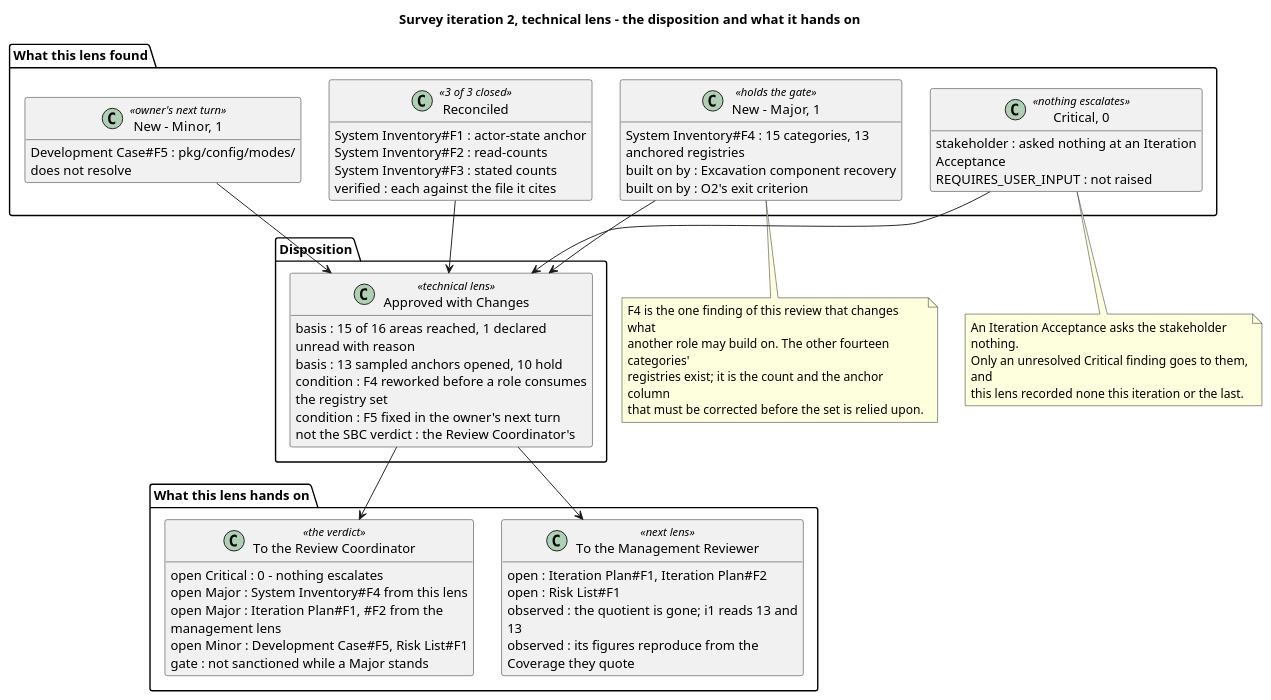
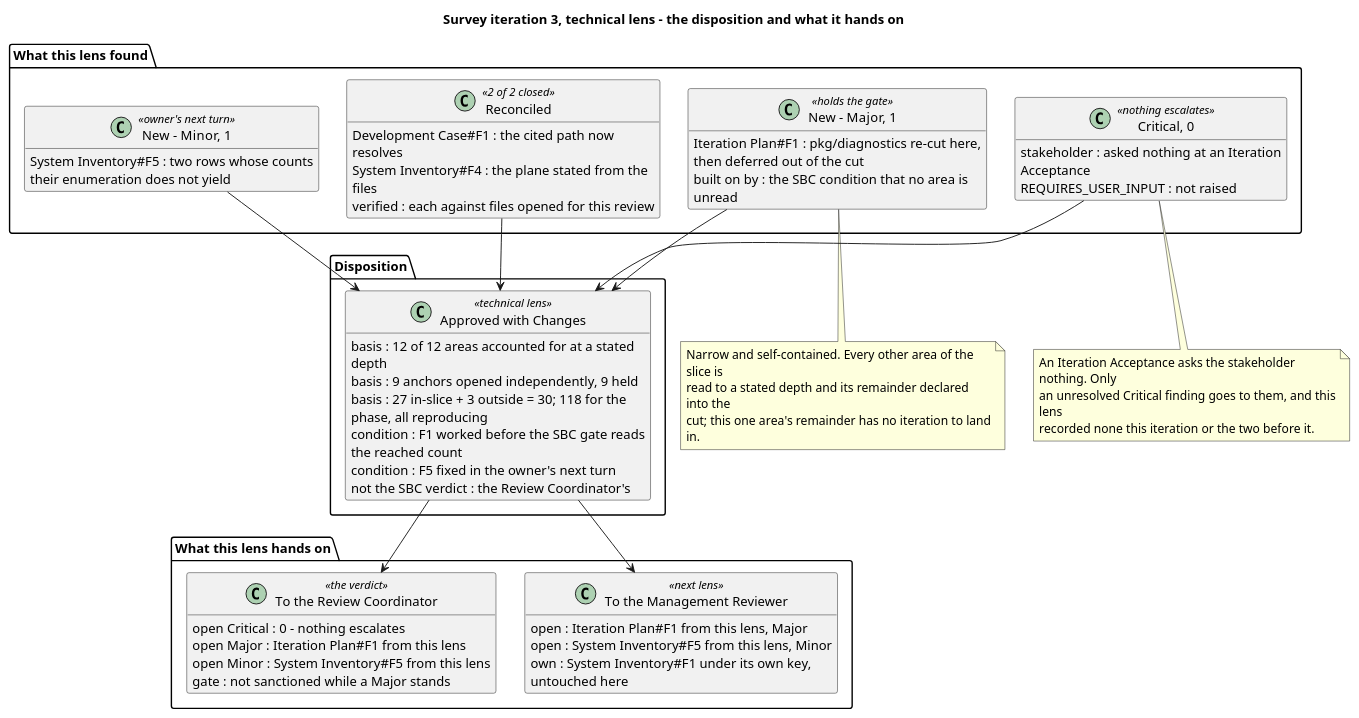
One commit to banense-test/dapr changed the ninth of 12 diagrams in docs/artifacts/project-management/review-record.md. Above: the diagram before and after it, drawn with PlantUML. The commit also changed other lines of this file, not shown here.

Commit message:
Reviewer [Survey3]: upsert Review Record
[skip ci]

````diff
--- a/docs/artifacts/project-management/review-record.md
+++ b/docs/artifacts/project-management/review-record.md
@@ -985,76 +987,72 @@
 ```plantuml
 @startuml
-title Survey iteration 2, technical lens - the disposition and what it hands on
+title Survey iteration 3, technical lens - the disposition and what it hands on
 hide empty members
 skinparam classAttributeIconSize 0
-skinparam wrapWidth 320
+skinparam wrapWidth 330
 skinparam nodesep 30
 skinparam ranksep 42
 
 package "What this lens found" {
-  class "Reconciled" as REC <<3 of 3 closed>> {
-    System Inventory#F1 : actor-state anchor
-    System Inventory#F2 : read-counts
-    System Inventory#F3 : stated counts
-    verified : each against the file it cites
+  class "Reconciled" as REC <<2 of 2 closed>> {
+    Development Case#F1 : the cited path now resolves
+    System Inventory#F4 : the plane stated from the files
+    verified : each against files opened for this review
   }
   class "New - Major, 1" as NEWM <<holds the gate>> {
-    System Inventory#F4 : 15 categories, 13 anchored registries
-    built on by : Excavation component recovery
-    built on by : O2's exit criterion
+    Iteration Plan#F1 : pkg/diagnostics re-cut here, then deferred out of the cut
+    built on by : the SBC condition that no area is unread
   }
   class "New - Minor, 1" as NEWN <<owner's next turn>> {
-    Development Case#F5 : pkg/config/modes/ does not resolve
+    System Inventory#F5 : two rows whose counts their enumeration does not yield
   }
   class "Critical, 0" as CRIT <<nothing escalates>> {
     stakeholder : asked nothing at an Iteration Acceptance
     REQUIRES_USER_INPUT : not raised
   }
 }
 
 package "Disposition" {
   class "Approved with Changes" as VERD <<technical lens>> {
-    basis : 15 of 16 areas reached, 1 declared unread with reason
-    basis : 13 sampled anchors opened, 10 hold
-    condition : F4 reworked before a role consumes the registry set
+    basis : 12 of 12 areas accounted for at a stated depth
+    basis : 9 anchors opened independently, 9 held
+    basis : 27 in-slice + 3 outside = 30; 118 for the phase, all reproducing
+    condition : F1 worked before the SBC gate reads the reached count
     condition : F5 fixed in the owner's next turn
     not the SBC verdict : the Review Coordinator's
   }
 }
 
 package "What this lens hands on" {
   class "To the Management Reviewer" as NEXT <<next lens>> {
-    open : Iteration Plan#F1, Iteration Plan#F2
-    open : Risk List#F1
-    observed : the quotient is gone; i1 reads 13 and 13
-    observed : its figures reproduce from the Coverage they quote
+    open : Iteration Plan#F1 from this lens, Major
+    open : System Inventory#F5 from this lens, Minor
+    own : System Inventory#F1 under its own key, untouched here
   }
   class "To the Review Coordinator" as COORD <<the verdict>> {
     open Critical : 0 - nothing escalates
-    open Major : System Inventory#F4 from this lens
-    open Major : Iteration Plan#F1, #F2 from the management lens
-    open Minor : Development Case#F5, Risk List#F1
+    open Major : Iteration Plan#F1 from this lens
+    open Minor : System Inventory#F5 from this lens
     gate : not sanctioned while a Major stands
   }
 }
 
 REC --> VERD
 NEWM --> VERD
 NEWN --> VERD
 CRIT --> VERD
 VERD --> NEXT
 VERD --> COORD
 
 note bottom of NEWM
-  F4 is the one finding of this review that changes what
-  another role may build on. The other fourteen categories'
-  registries exist; it is the count and the anchor column
-  that must be corrected before the set is relied upon.
+  Narrow and self-contained. Every other area of the slice is
+  read to a stated depth and its remainder declared into the
+  cut; this one area's remainder has no iteration to land in.
 end note
 note bottom of CRIT
-  An Iteration Acceptance asks the stakeholder nothing.
-  Only an unresolved Critical finding goes to them, and
-  this lens recorded none this iteration or the last.
+  An Iteration Acceptance asks the stakeholder nothing. Only
+  an unresolved Critical finding goes to them, and this lens
+  recorded none this iteration or the two before it.
 end note
 @enduml
 ```
````
